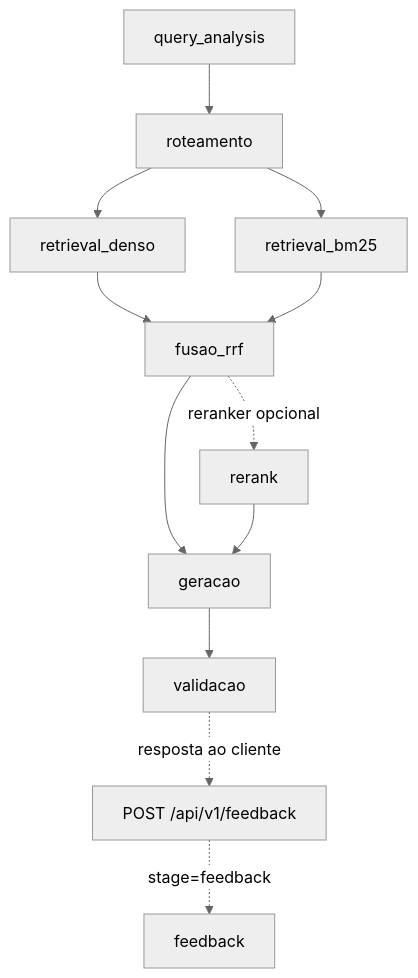
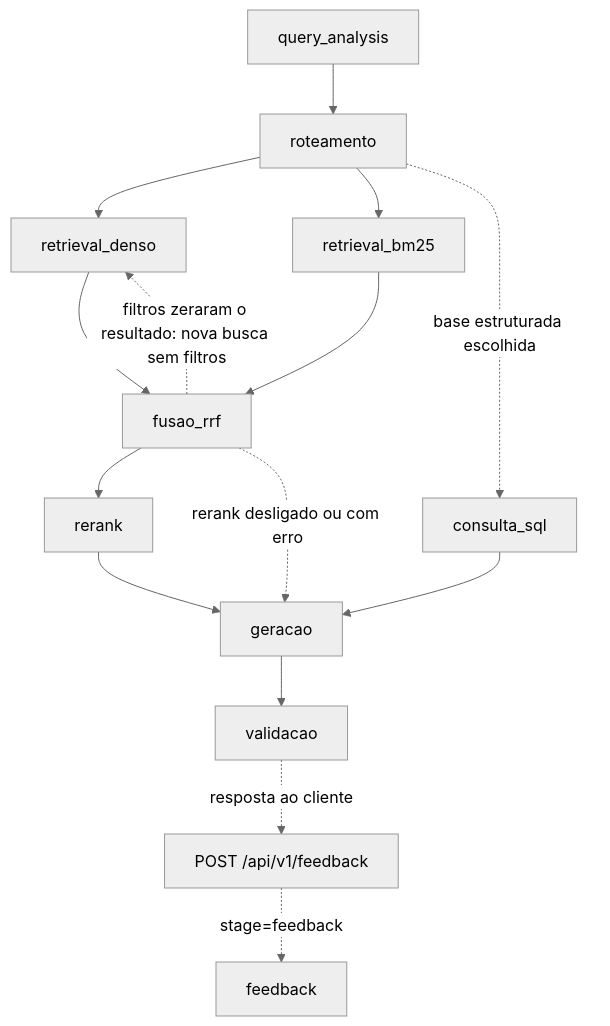
Before and after one commit to Diogooliveira10/rag-grande-desafio-grupo04-cenario01: the diagram in ARQUITETURA.md, drawn with Mermaid (neutral theme). The commit also changed other lines of this file, not shown here.

Commit message:
docs: atualizar ARQUITETURA.md com rerank, consulta_sql, timeout/retry da geração, recusa indevida e corpus v6

````diff
--- a/ARQUITETURA.md
+++ b/ARQUITETURA.md
@@ -27,14 +29,17 @@
 ```mermaid
 flowchart TD
     A[query_analysis] --> B[roteamento]
     B --> C[retrieval_denso]
     B --> D[retrieval_bm25]
+    B -. base estruturada escolhida .-> K[consulta_sql]
     C --> E[fusao_rrf]
     D --> E
-    E -. reranker opcional .-> F[rerank]
-    E --> G[geracao]
+    E --> F[rerank]
+    E -. rerank desligado ou com erro .-> G[geracao]
     F --> G
+    K --> G
+    E -. filtros zeraram o resultado: nova busca sem filtros .-> C
     G --> H[validacao]
     H -. resposta ao cliente .-> J[POST /api/v1/feedback]
     J -. stage=feedback .-> I[feedback]
 ```
````
